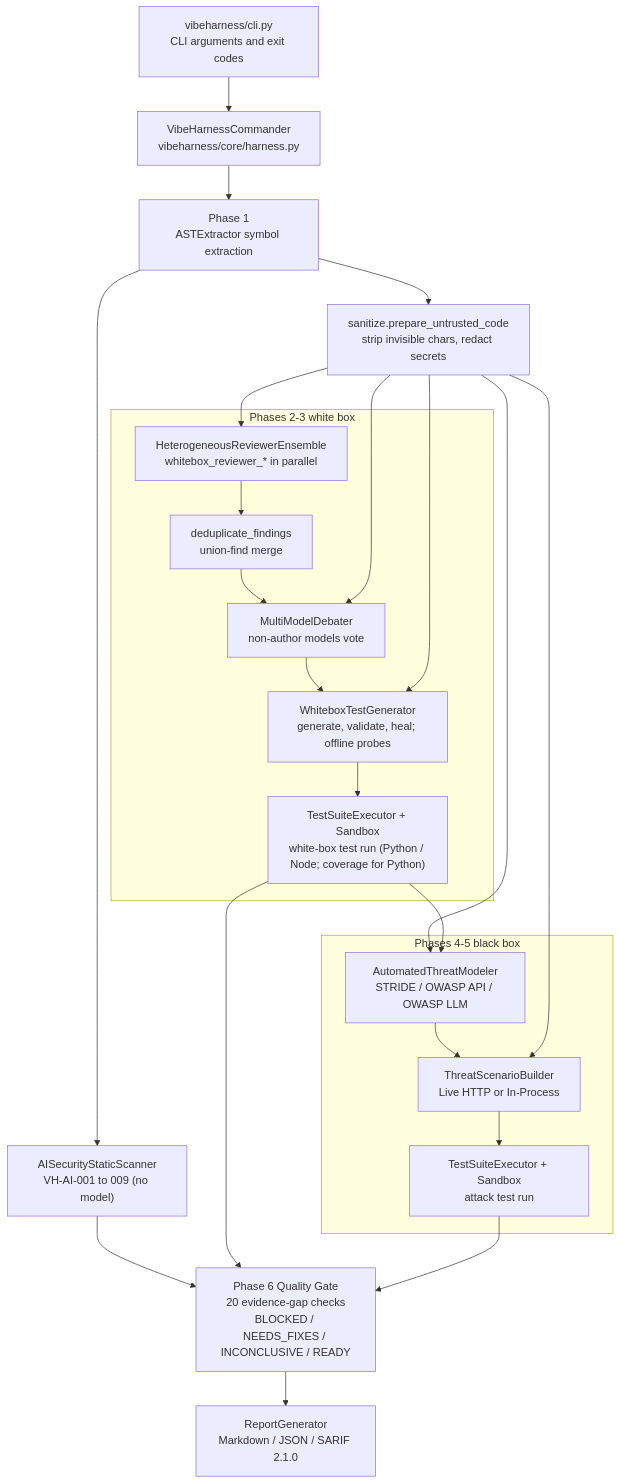
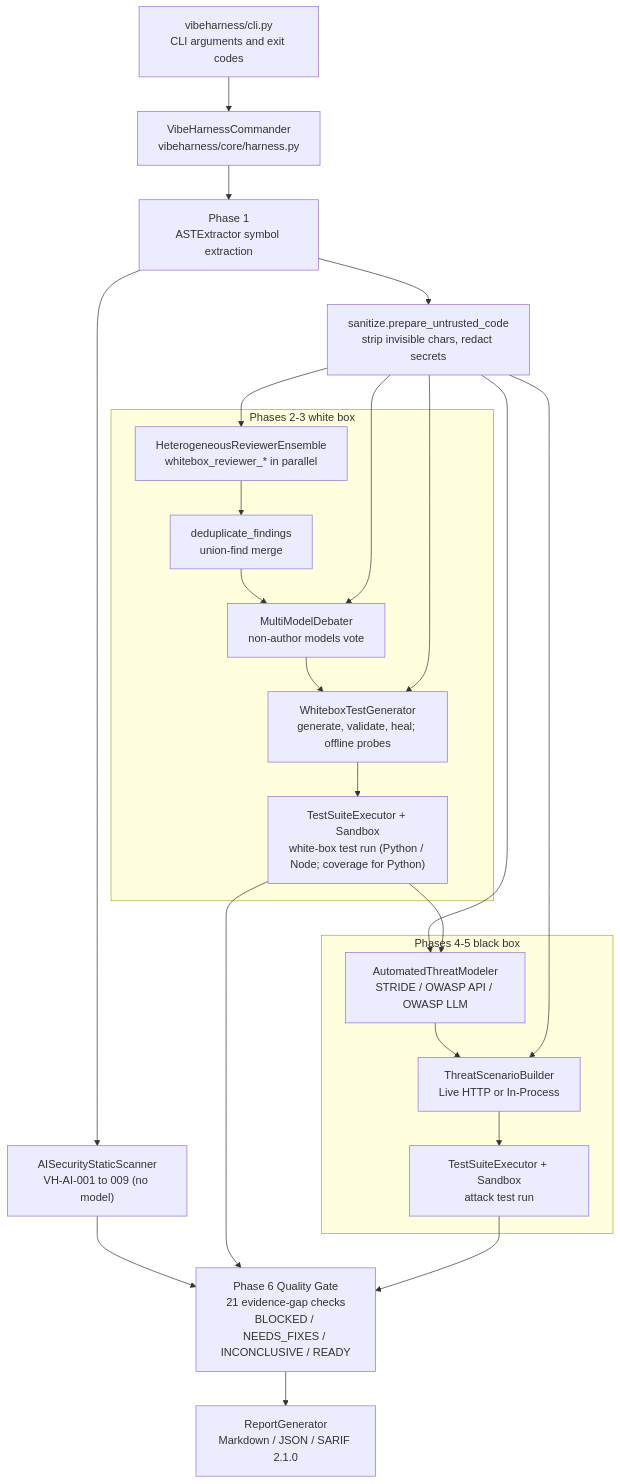
The first of 3 diagrams in docs/design.en.md (chinchiang/MultiAgentGama), drawn with Mermaid before and after one commit. The commit also changed other lines of this file and 17 other files, not shown here.

````diff
--- a/docs/design.en.md
+++ b/docs/design.en.md
@@ -43,34 +43,34 @@
 ```mermaid
 flowchart TD
     CLI["vibeharness/cli.py<br/>CLI arguments and exit codes"] --> CMD["VibeHarnessCommander<br/>vibeharness/core/harness.py"]
     CMD --> P1["Phase 1<br/>ASTExtractor symbol extraction"]
     P1 --> SAST["AISecurityStaticScanner<br/>VH-AI-001 to 009 (no model)"]
     P1 --> SAN["sanitize.prepare_untrusted_code<br/>strip invisible chars, redact secrets"]
 
     subgraph WB ["Phases 2-3 white box"]
         REV["HeterogeneousReviewerEnsemble<br/>whitebox_reviewer_* in parallel"]
         DEDUP["deduplicate_findings<br/>union-find merge"]
         DEB["MultiModelDebater<br/>non-author models vote"]
         GEN["WhiteboxTestGenerator<br/>generate, validate, heal; offline probes"]
         EXE1["TestSuiteExecutor + Sandbox<br/>white-box test run (Python / Node; coverage for Python)"]
         REV --> DEDUP --> DEB --> GEN --> EXE1
     end
 
     subgraph BB ["Phases 4-5 black box"]
         TM["AutomatedThreatModeler<br/>STRIDE / OWASP API / OWASP LLM"]
         ATK["ThreatScenarioBuilder<br/>Live HTTP or In-Process"]
         EXE2["TestSuiteExecutor + Sandbox<br/>attack test run"]
         TM --> ATK --> EXE2
     end
 
     SAN --> REV
     SAN --> DEB
     SAN --> GEN
     SAN --> TM
     SAN --> ATK
     EXE1 --> TM
     SAST --> GATE
     EXE1 --> GATE
-    EXE2 --> GATE["Phase 6 Quality Gate<br/>20 evidence-gap checks<br/>BLOCKED / NEEDS_FIXES / INCONCLUSIVE / READY"]
+    EXE2 --> GATE["Phase 6 Quality Gate<br/>21 evidence-gap checks<br/>BLOCKED / NEEDS_FIXES / INCONCLUSIVE / READY"]
     GATE --> OUT["ReportGenerator<br/>Markdown / JSON / SARIF 2.1.0"]
 ```
````
